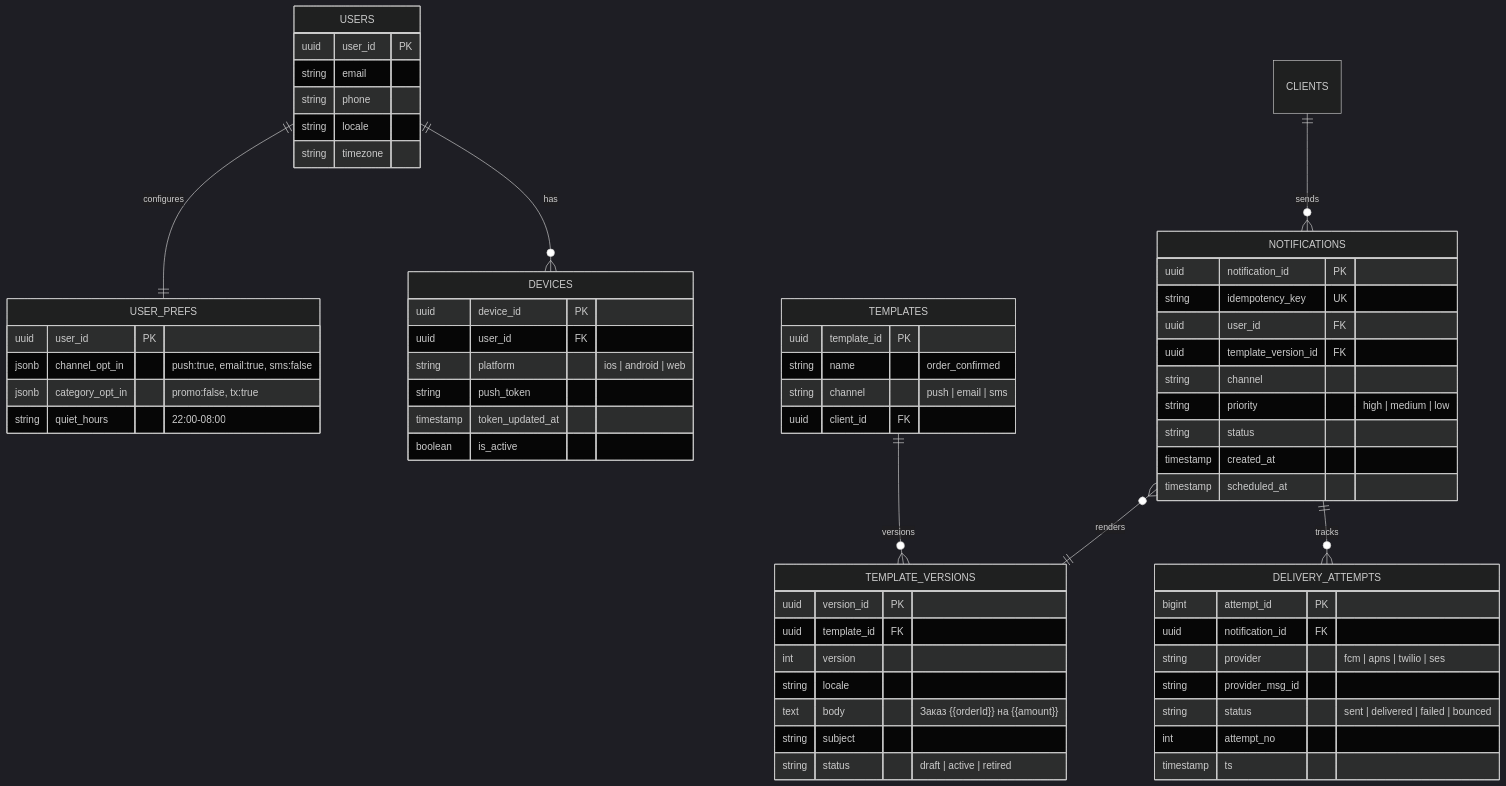
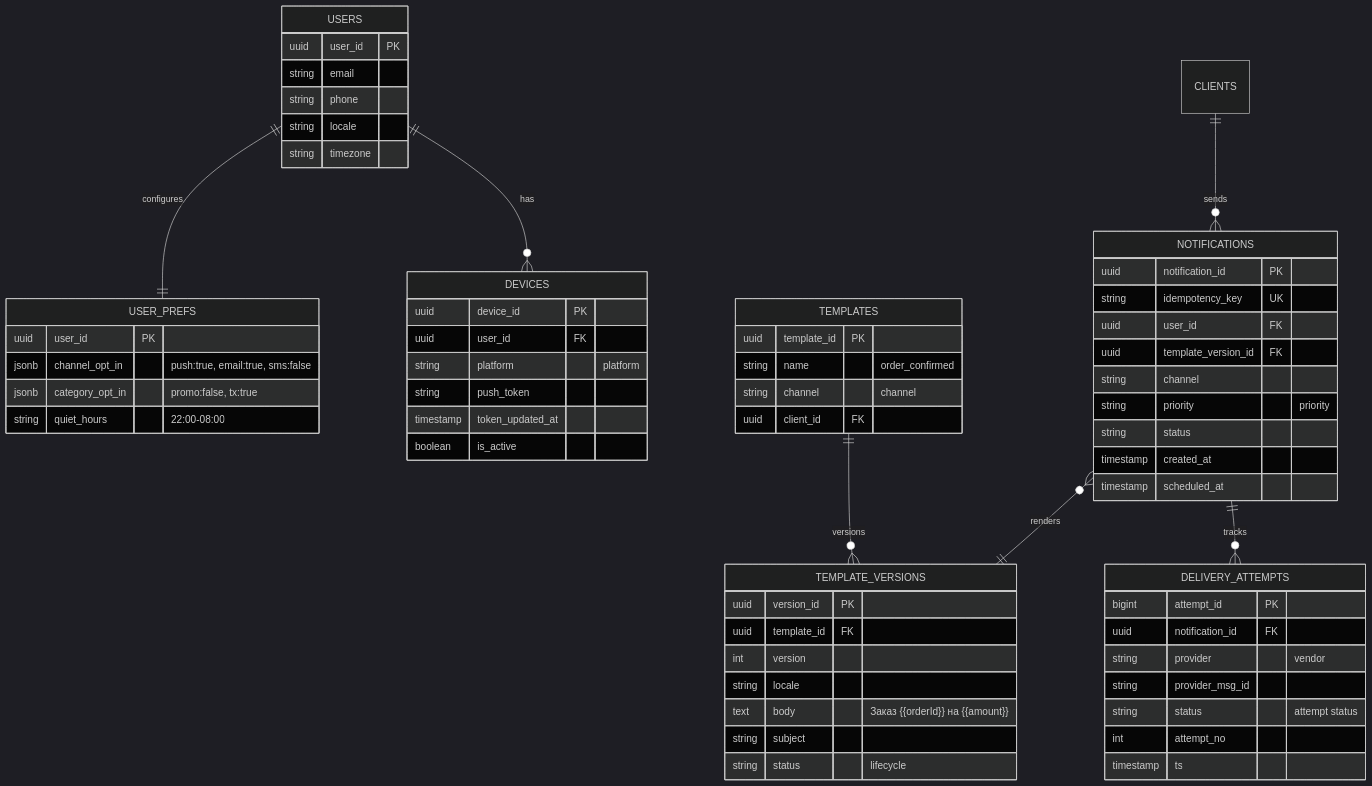
The fourth of 6 diagrams in 02-case-studies/notification-system.md (AlohaJava/system-design-interview-chamkin), drawn with Mermaid (dark theme) before and after one commit. The commit also changed other lines of this file and 49 other files, not shown here.

````diff
--- a/02-case-studies/notification-system.md
+++ b/02-case-studies/notification-system.md
@@ -259,66 +226,66 @@
 ```mermaid
 erDiagram
     USERS ||--o{ DEVICES : has
     USERS ||--|| USER_PREFS : configures
     TEMPLATES ||--o{ TEMPLATE_VERSIONS : versions
     NOTIFICATIONS ||--o{ DELIVERY_ATTEMPTS : tracks
     NOTIFICATIONS }o--|| TEMPLATE_VERSIONS : renders
     CLIENTS ||--o{ NOTIFICATIONS : sends
 
     USERS {
         uuid user_id PK
         string email
         string phone
         string locale
         string timezone
     }
     DEVICES {
         uuid device_id PK
         uuid user_id FK
-        string platform "ios | android | web"
+        string platform "platform"
         string push_token
         timestamp token_updated_at
         boolean is_active
     }
     USER_PREFS {
         uuid user_id PK
         jsonb channel_opt_in "push:true, email:true, sms:false"
         jsonb category_opt_in "promo:false, tx:true"
         string quiet_hours "22:00-08:00"
     }
     TEMPLATES {
         uuid template_id PK
         string name "order_confirmed"
-        string channel "push | email | sms"
+        string channel "channel"
         uuid client_id FK
     }
     TEMPLATE_VERSIONS {
         uuid version_id PK
         uuid template_id FK
         int version
         string locale
         text body "Заказ {{orderId}} на {{amount}}"
         string subject
-        string status "draft | active | retired"
+        string status "lifecycle"
     }
     NOTIFICATIONS {
         uuid notification_id PK
         string idempotency_key UK
         uuid user_id FK
         uuid template_version_id FK
         string channel
-        string priority "high | medium | low"
+        string priority "priority"
         string status
         timestamp created_at
         timestamp scheduled_at
     }
     DELIVERY_ATTEMPTS {
         bigint attempt_id PK
         uuid notification_id FK
-        string provider "fcm | apns | twilio | ses"
+        string provider "vendor"
         string provider_msg_id
-        string status "sent | delivered | failed | bounced"
+        string status "attempt status"
         int attempt_no
         timestamp ts
     }
 ```
````
